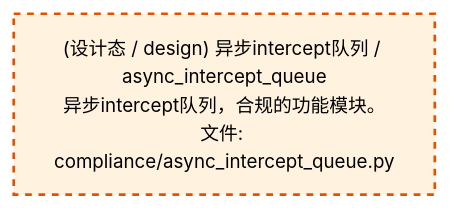
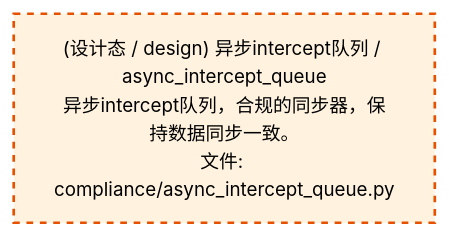
Before and after one commit to xuanFelixVan/ZephyrAlpha: the third of 4 diagrams in docs/02_enterprise_architecture/02_domain_architecture_docs/38_d_compliance.md, drawn with Mermaid. The commit also changed other lines of this file and 50 other files, not shown here.

````diff
--- a/docs/02_enterprise_architecture/02_domain_architecture_docs/38_d_compliance.md
+++ b/docs/02_enterprise_architecture/02_domain_architecture_docs/38_d_compliance.md
@@ -109,10 +109,10 @@
 ```mermaid
 %%{init: {'theme': 'base', 'themeVariables': {'primaryColor': '#eaeaea', 'primaryTextColor': '#333333', 'primaryBorderColor': '#666666', 'lineColor': '#666666', 'secondaryColor': '#eaeaea', 'tertiaryColor': '#eaeaea', 'fontSize': '14px'}}}%%
 flowchart TD
-    src_zephyr_compliance_async_intercept_queue_py["(设计态 / design) 异步intercept队列 / async_intercept_queue<br/>异步intercept队列，合规的功能模块。<br/>文件: compliance/async_intercept_queue.py"]
+    src_zephyr_compliance_async_intercept_queue_py["(设计态 / design) 异步intercept队列 / async_intercept_queue<br/>异步intercept队列，合规的同步器，保持数据同步一致。<br/>文件: compliance/async_intercept_queue.py"]
     classDef production fill:#e1f5fe,stroke:#01579b,stroke-width:2px,color:#000
     classDef design fill:#fff3e0,stroke:#e65100,stroke-width:2px,color:#000,stroke-dasharray: 5 5
     classDef external_prod fill:#e8f4fd,stroke:#0277bd,stroke-width:1px,color:#000
     classDef external_design fill:#fff8e7,stroke:#ef6c00,stroke-width:1px,color:#000,stroke-dasharray: 5 5
     class src_zephyr_compliance_async_intercept_queue_py design
 ```
````
